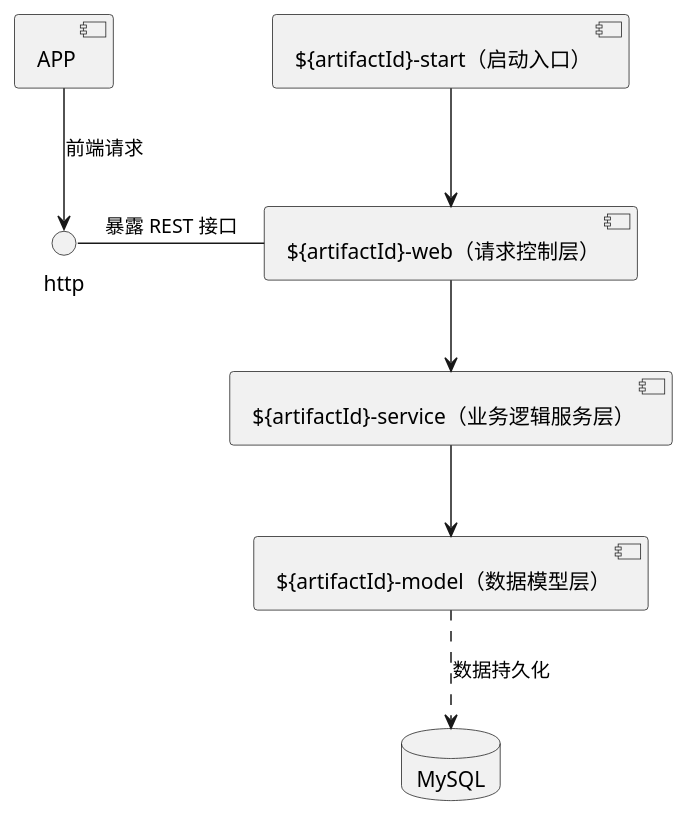
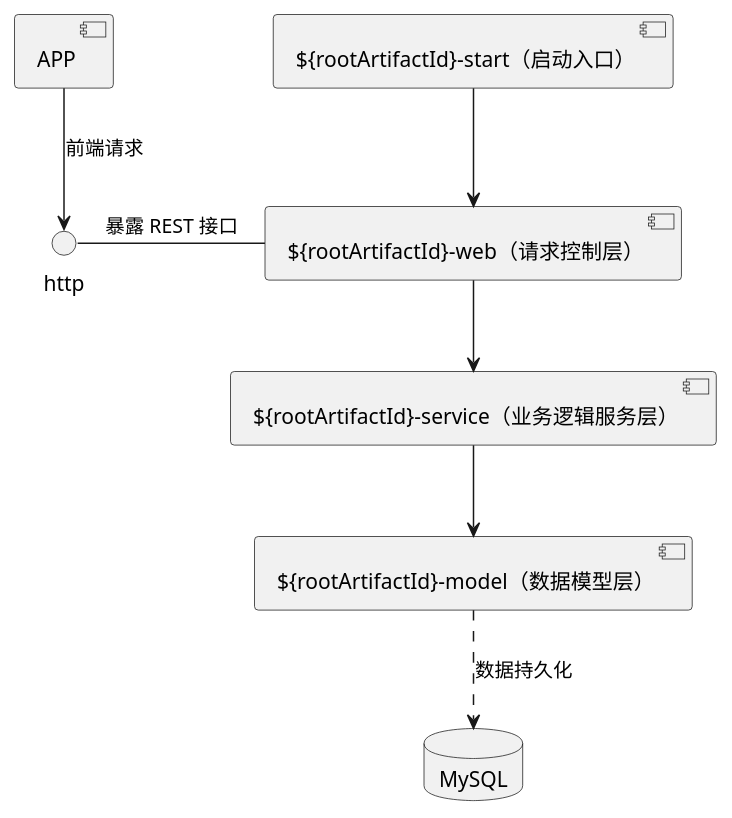
One commit to shiyindaxiaojie/eden-archetype changed the diagram in eden-archetype-mvc/src/main/resources/archetype-resources/src/docs/uml/component.puml. Above: the diagram before and after it, drawn with PlantUML. The commit also changed other lines of this file and 143 other files, not shown here.

```diff
--- a/eden-archetype-mvc/src/main/resources/archetype-resources/src/docs/uml/component.puml
+++ b/eden-archetype-mvc/src/main/resources/archetype-resources/src/docs/uml/component.puml
@@ -1,12 +2,12 @@
 @startuml
-[${artifactId}-start（启动入口）] --> [${artifactId}-web（请求控制层）]
-[${artifactId}-web（请求控制层）] --> [${artifactId}-service（业务逻辑服务层）]
-[${artifactId}-service（业务逻辑服务层）] --> [${artifactId}-model（数据模型层）]
+[${rootArtifactId}-start（启动入口）] --> [${rootArtifactId}-web（请求控制层）]
+[${rootArtifactId}-web（请求控制层）] --> [${rootArtifactId}-service（业务逻辑服务层）]
+[${rootArtifactId}-service（业务逻辑服务层）] --> [${rootArtifactId}-model（数据模型层）]
 
 database MySQL
 
 [APP] --> http: 前端请求
-http - [${artifactId}-web（请求控制层）]: 暴露 REST 接口
-[${artifactId}-model（数据模型层）] ..> MySQL : 数据持久化
+http - [${rootArtifactId}-web（请求控制层）]: 暴露 REST 接口
+[${rootArtifactId}-model（数据模型层）] ..> MySQL : 数据持久化
 
 @enduml
```
